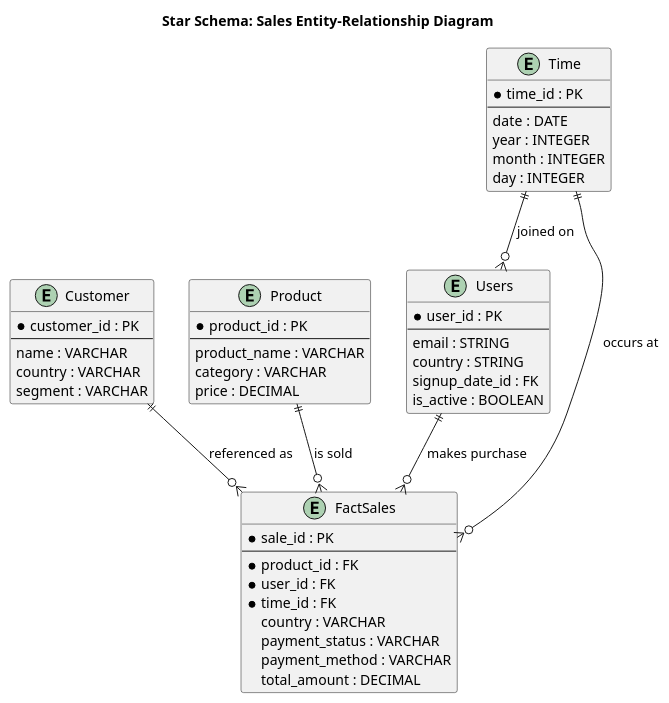
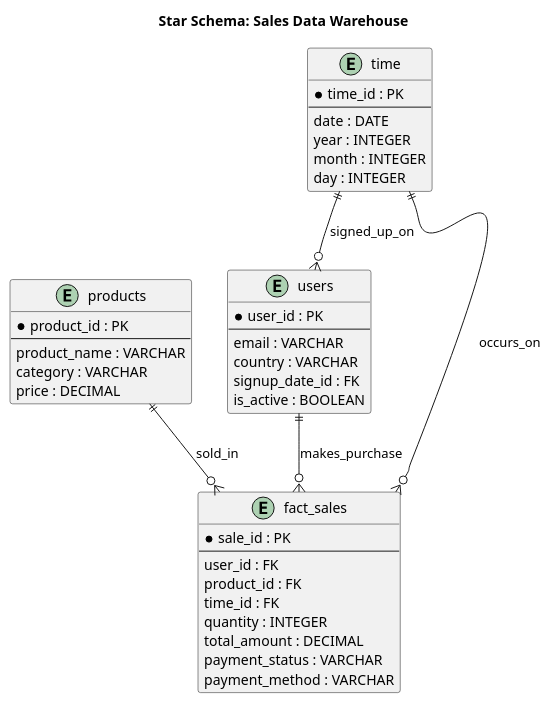
The diagram in sql-data-warehouse/documentation/der.puml (anadruetta29/data-engineering), drawn with PlantUML before and after one commit. The commit also changed 11 other files, not shown here.

```diff
--- a/sql-data-warehouse/documentation/der.puml
+++ b/sql-data-warehouse/documentation/der.puml
@@ -1,57 +1,47 @@
 @startuml
+title Star Schema: Sales Data Warehouse
 
-title Star Schema: Sales Entity-Relationship Diagram
-
-entity "Customer" {
-  * customer_id : PK
-  --
-  name : VARCHAR
-  country : VARCHAR
-  segment : VARCHAR
+entity "users" {
+    * user_id : PK
+    --
+    email : VARCHAR
+    country : VARCHAR
+    signup_date_id : FK
+    is_active : BOOLEAN
 }
 
-entity "Product" {
+entity "products" {
   * product_id : PK
   --
   product_name : VARCHAR
   category : VARCHAR
   price : DECIMAL
 }
 
-entity "Time" {
+entity "time" {
   * time_id : PK
   --
   date : DATE
   year : INTEGER
   month : INTEGER
   day : INTEGER
 }
 
-entity "Users" {
-    * user_id : PK
-    --
-    email : STRING
-    country : STRING
-    signup_date_id : FK
-    is_active : BOOLEAN
+entity "fact_sales" {
+  * sale_id : PK
+  --
+  user_id : FK
+  product_id : FK
+  time_id : FK
+  quantity : INTEGER
+  total_amount : DECIMAL
+  payment_status : VARCHAR
+  payment_method : VARCHAR
 }
 
-entity "FactSales" {
-  * sale_id : PK
-  --
-  * product_id : FK
-  * user_id : FK
-  * time_id : FK
-  country : VARCHAR
-  payment_status : VARCHAR
-  payment_method : VARCHAR
-  total_amount : DECIMAL
-}
-
-"Product" ||--o{ "FactSales" : "is sold"
-"Users" ||--o{ "FactSales" : "makes purchase"
-"Time" ||--o{ "FactSales" : "occurs at"
-"Time" ||--o{ "Users" : "joined on"
-"Customer" ||--o{ "FactSales" : "referenced as"
+users    ||--o{ fact_sales : makes_purchase
+products ||--o{ fact_sales : sold_in
+time     ||--o{ fact_sales : occurs_on
+time     ||--o{ users      : signed_up_on
 
 @enduml
```
